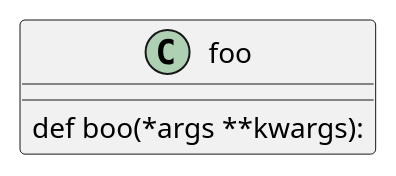
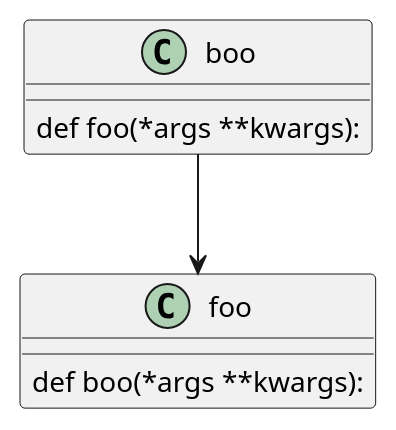
Before and after one commit to nigdanil/scrapy_comics: the diagram in doc/index.md, drawn with PlantUML. The commit also changed 3 other files, not shown here.

Commit message:
Test plantuml

````diff
--- a/doc/index.md
+++ b/doc/index.md
@@ -3,8 +3,13 @@
 ```plantuml
 @startuml task
 class foo{
     def boo(*args **kwargs):
 
 }
+class boo{
+    def foo(*args **kwargs):
+
+}
+boo --> foo
 @enduml
 ```
````
